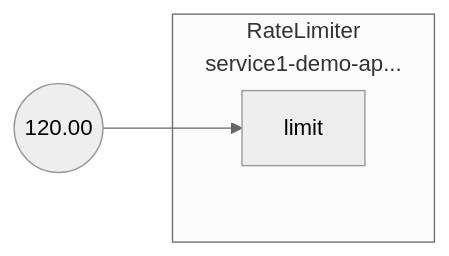
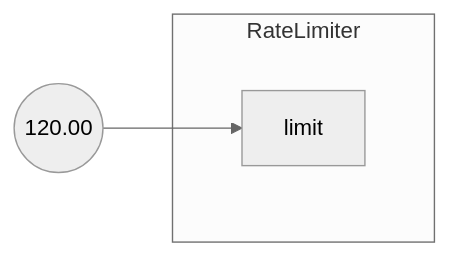
The diagram in docs/content/tutorials/flow-control/assets/static-rate-limiting/static-rate-limiting.mmd (dataongunlaws/aperture), drawn with Mermaid (neutral theme) before and after one commit. The commit also changed 4 other files, not shown here.

```diff
--- a/docs/content/tutorials/flow-control/assets/static-rate-limiting/static-rate-limiting.mmd
+++ b/docs/content/tutorials/flow-control/assets/static-rate-limiting/static-rate-limiting.mmd
@@ -1,9 +1,9 @@
 flowchart LR
-subgraph 0[<center>RateLimiter<br/>service1-demo-ap...</center>]
+subgraph 0[RateLimiter]
 subgraph 0_inports[ ]
 style 0_inports fill:none,stroke:none
 0limit[limit]
 end
 end
 FakeConstant0((120.00))
 FakeConstant0 --> 0limit
```
